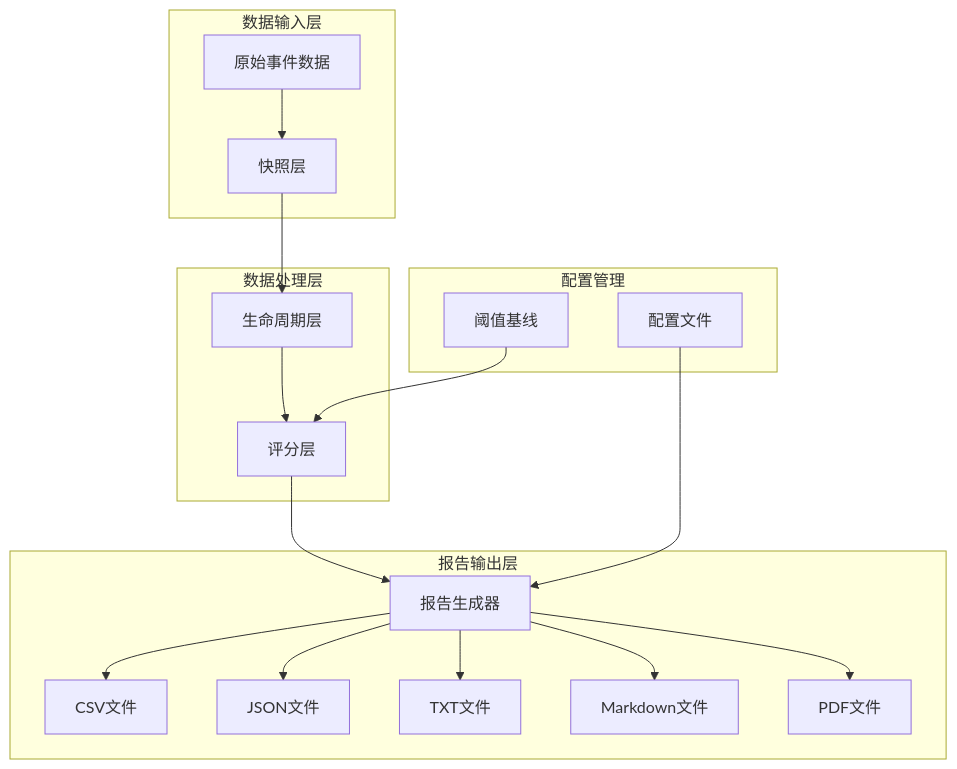
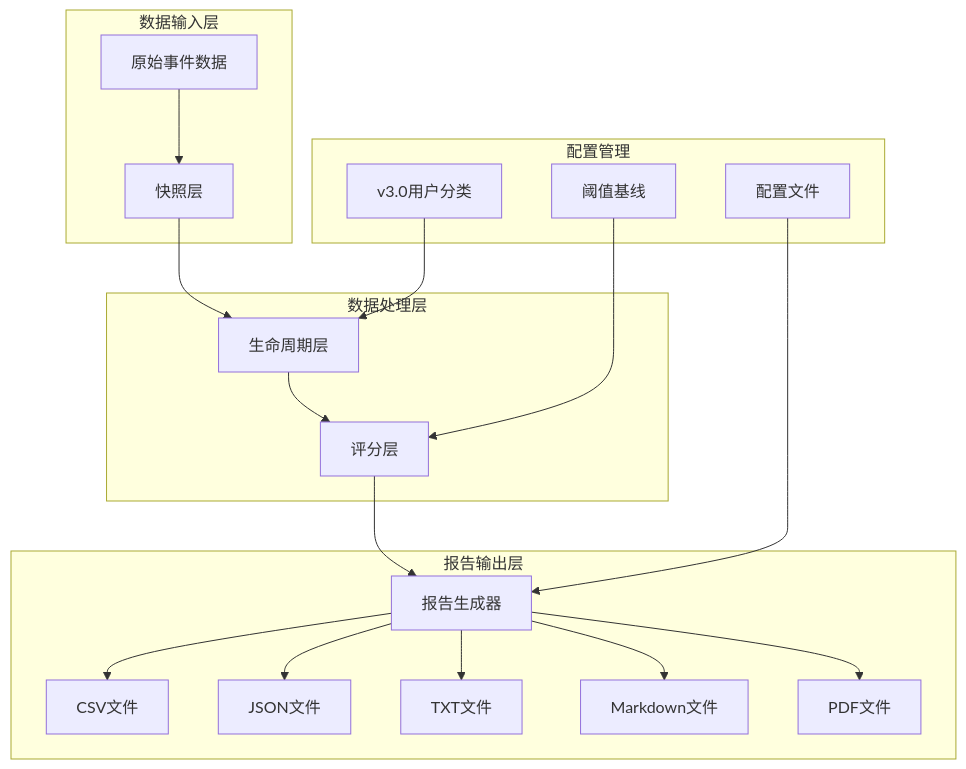
One commit to cr71111/User_characteristics_repo changed the first of 6 diagrams in .qoder/repowiki/zh/content/报告系统.md. Above: the diagram before and after it, drawn with Mermaid. The commit also changed other lines of this file and 158 other files, not shown here.

````diff
--- a/.qoder/repowiki/zh/content/报告系统.md
+++ b/.qoder/repowiki/zh/content/报告系统.md
@@ -38,22 +50,23 @@
 ```mermaid
 graph TB
 subgraph "数据输入层"
 A[原始事件数据] --> B[快照层]
 end
 subgraph "数据处理层"
 B --> C[生命周期层]
 C --> D[评分层]
 end
 subgraph "报告输出层"
 D --> E[报告生成器]
 E --> F[CSV文件]
 E --> G[JSON文件]
 E --> H[TXT文件]
 E --> I[Markdown文件]
 E --> J[PDF文件]
 end
 subgraph "配置管理"
 K[配置文件] --> E
 L[阈值基线] --> D
+M[v3.0用户分类] --> C
 end
 ```
````
